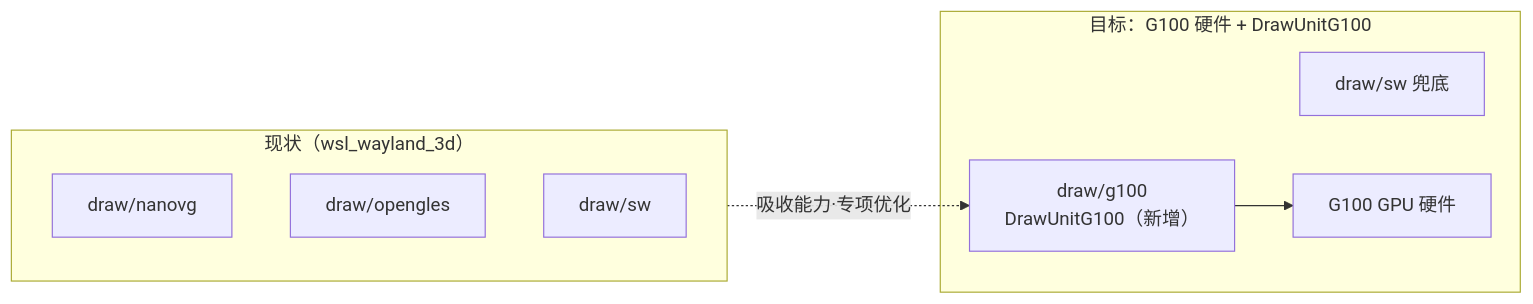
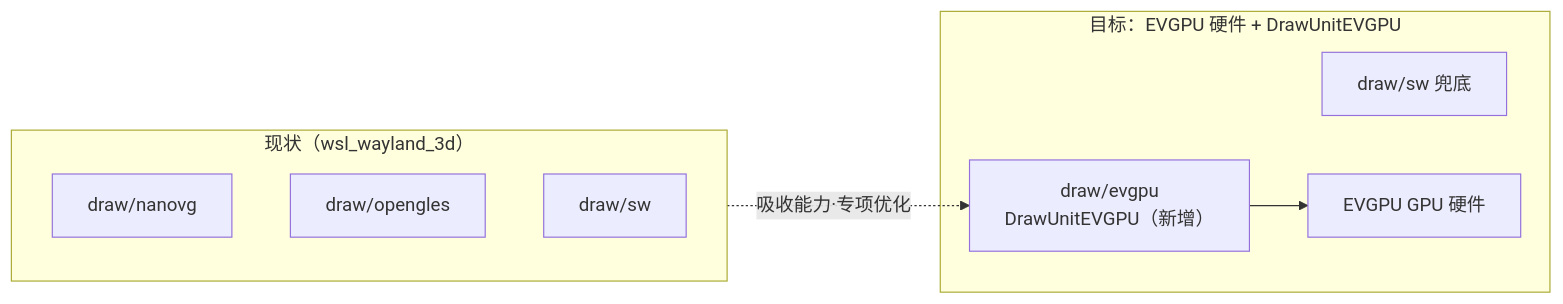
The sixth of 9 diagrams in docs/opengles2_gpu_integration_guide.md (ganzhong007/lv_port_linux), drawn with Mermaid before and after one commit. The commit also changed other lines of this file and 13 other files, not shown here.

````diff
--- a/docs/opengles2_gpu_integration_guide.md
+++ b/docs/opengles2_gpu_integration_guide.md
@@ -227,17 +227,17 @@
 ```mermaid
 flowchart LR
     subgraph BEFORE["现状（wsl_wayland_3d）"]
         NVG["draw/nanovg"]
         OGL["draw/opengles"]
         SW0["draw/sw"]
     end
 
-    subgraph AFTER["目标：G100 硬件 + DrawUnitG100"]
-        DU["draw/g100<br/>DrawUnitG100（新增）"]
+    subgraph AFTER["目标：EVGPU 硬件 + DrawUnitEVGPU"]
+        DU["draw/evgpu<br/>DrawUnitEVGPU（新增）"]
         SW1["draw/sw 兜底"]
-        HW["G100 GPU 硬件"]
+        HW["EVGPU GPU 硬件"]
     end
 
     BEFORE -.->|吸收能力·专项优化| DU
     DU --> HW
 ```
````
